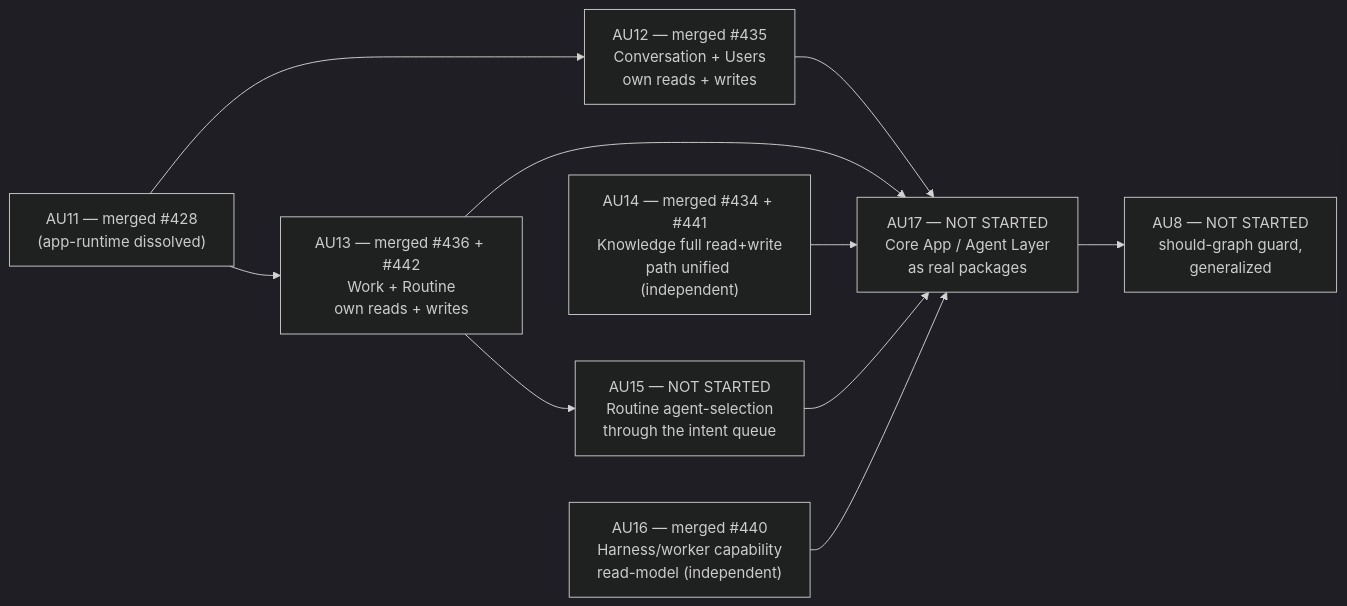
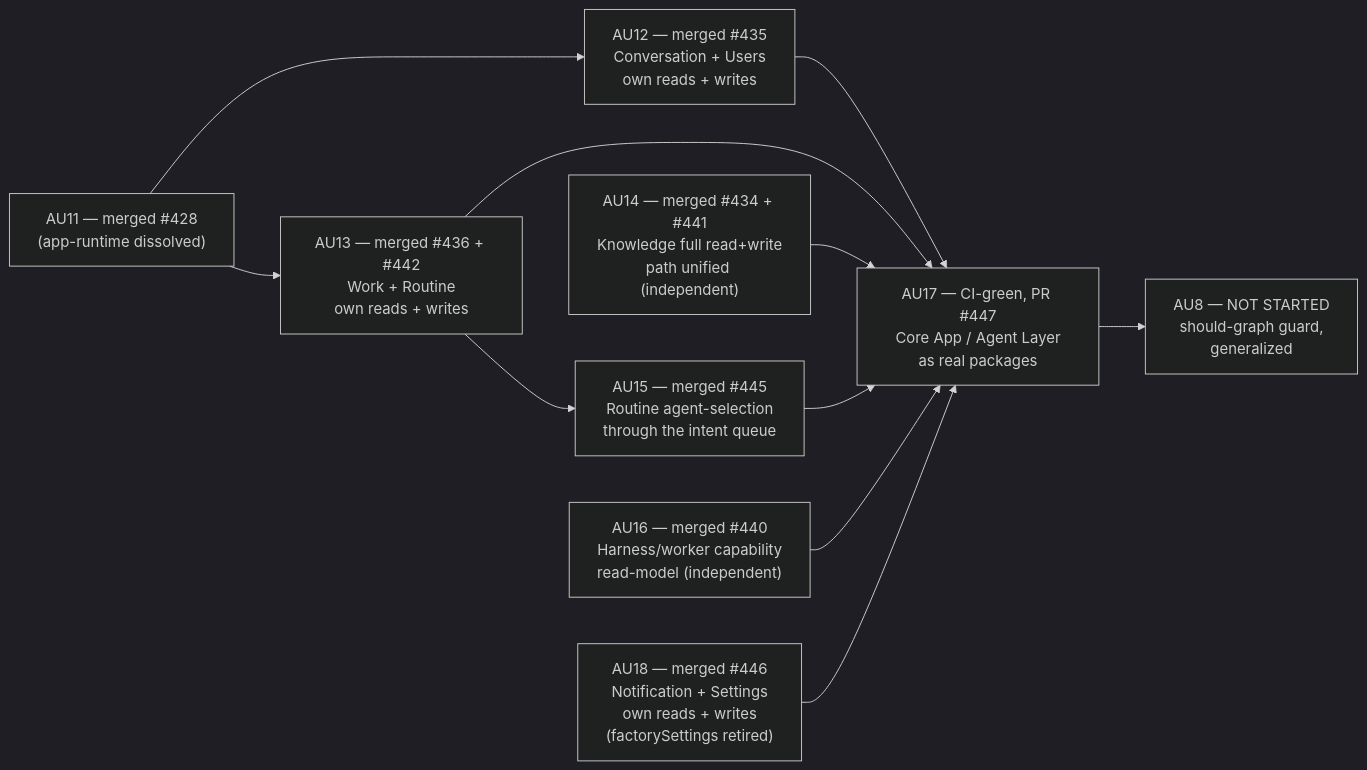
Before and after one commit to idle-builders/hyperidle: the third of 3 diagrams in plans/strategy-kernel-plugin-split/as-is-vs-should-dependency-graph.md, drawn with Mermaid (dark theme). The commit also changed other lines of this file, not shown here.

First line of the commit message:
docs(AU): update service-scoped dependency graph for AU15/AU17/AU18 status

````diff
--- a/plans/strategy-kernel-plugin-split/as-is-vs-should-dependency-graph.md
+++ b/plans/strategy-kernel-plugin-split/as-is-vs-should-dependency-graph.md
@@ -755,15 +789,17 @@
 ```mermaid
 flowchart LR
   AU11["AU11 — merged #428\n(app-runtime dissolved)"]
   AU11 --> AU12["AU12 — merged #435\nConversation + Users\nown reads + writes"]
   AU11 --> AU13["AU13 — merged #436 + #442\nWork + Routine\nown reads + writes"]
-  AU13 --> AU15["AU15 — NOT STARTED\nRoutine agent-selection\nthrough the intent queue"]
+  AU13 --> AU15["AU15 — merged #445\nRoutine agent-selection\nthrough the intent queue"]
   AU14["AU14 — merged #434 + #441\nKnowledge full read+write\npath unified (independent)"]
   AU16["AU16 — merged #440\nHarness/worker capability\nread-model (independent)"]
-  AU12 --> AU17["AU17 — NOT STARTED\nCore App / Agent Layer\nas real packages"]
+  AU18["AU18 — merged #446\nNotification + Settings\nown reads + writes\n(factorySettings retired)"]
+  AU12 --> AU17["AU17 — CI-green, PR #447\nCore App / Agent Layer\nas real packages"]
   AU13 --> AU17
   AU14 --> AU17
   AU15 --> AU17
   AU16 --> AU17
+  AU18 --> AU17
   AU17 --> AU8["AU8 — NOT STARTED\nshould-graph guard,\ngeneralized"]
 ```
````
